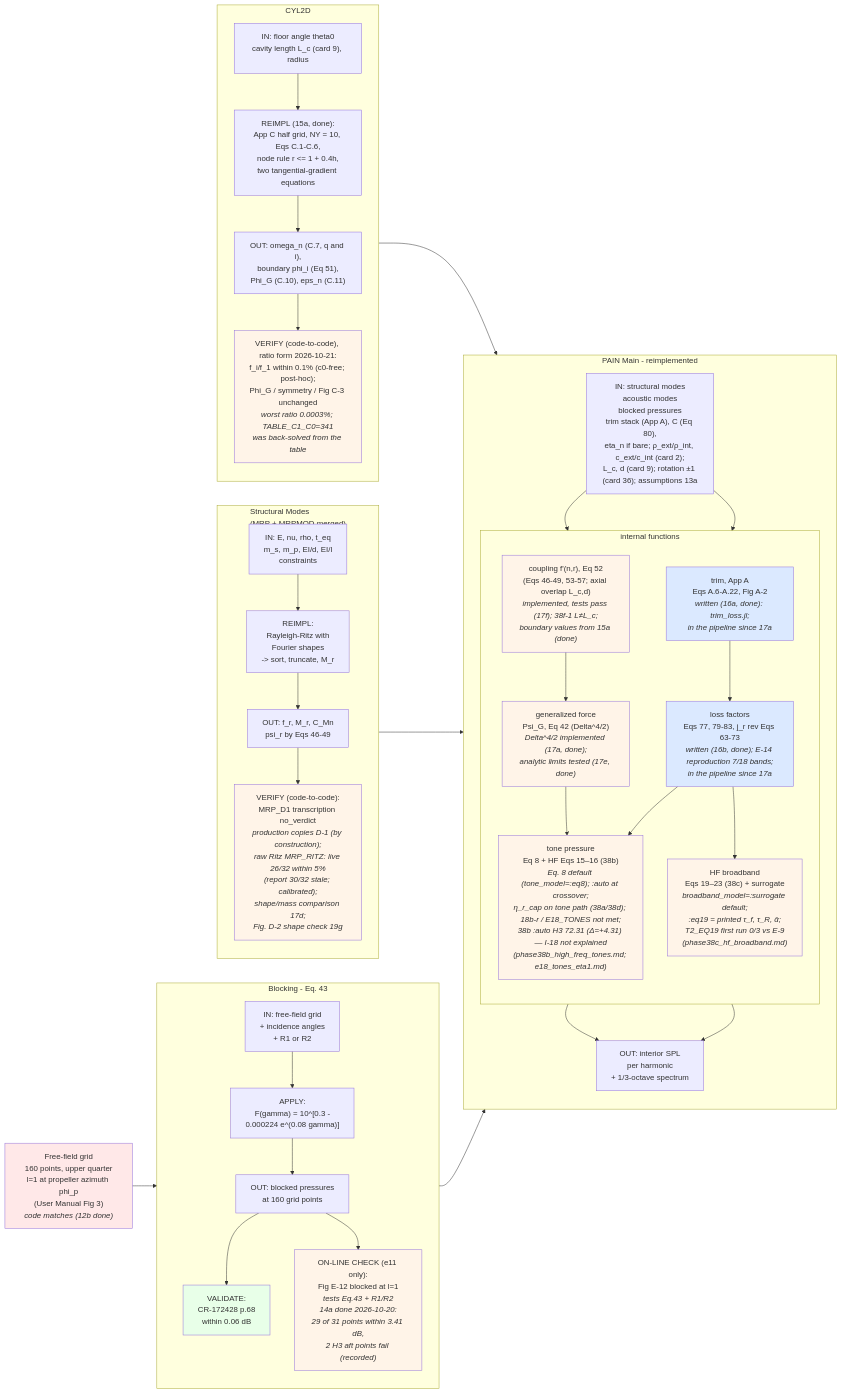
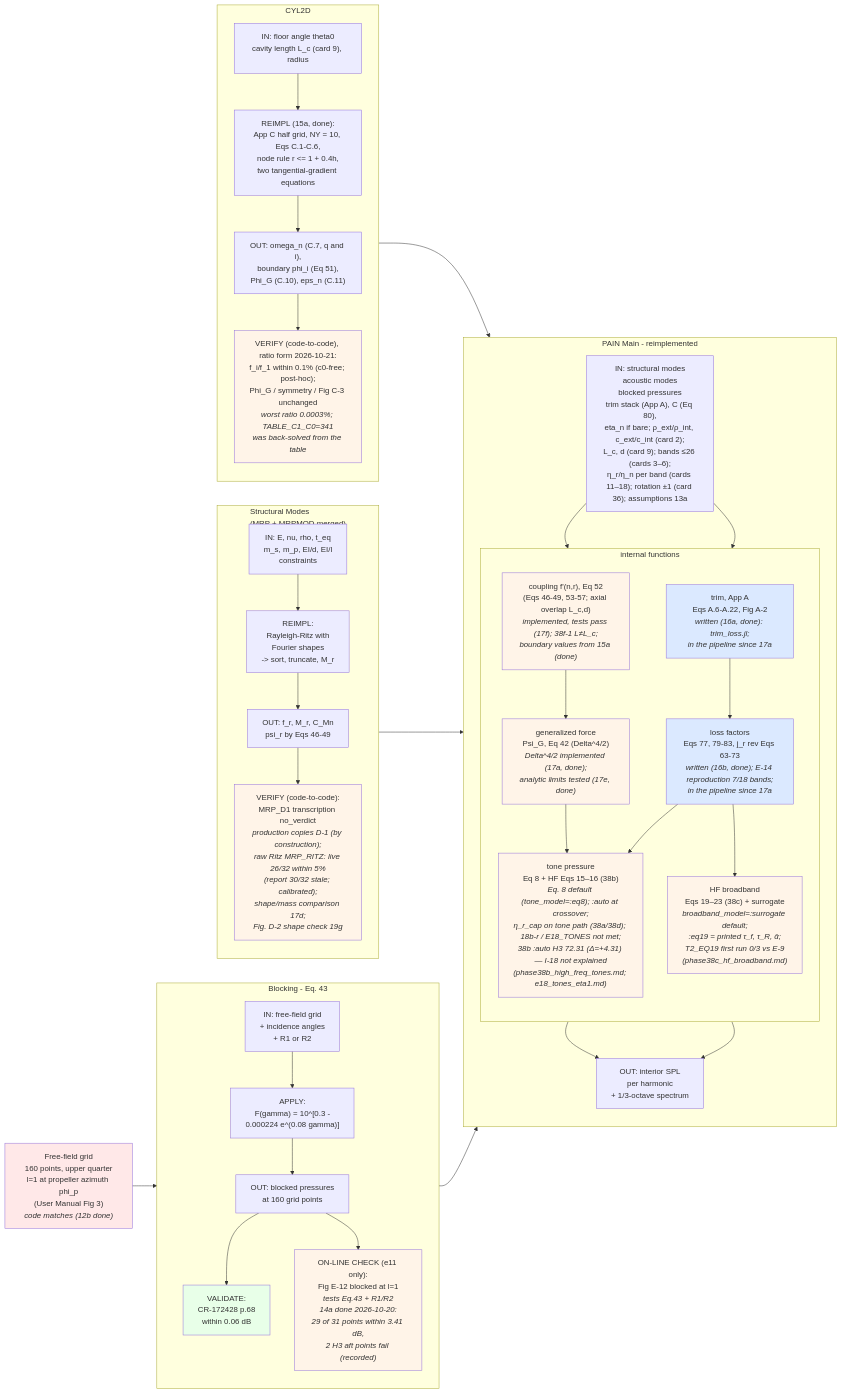
Before and after one commit to hoangf1/PAIN: the fourth of 6 diagrams in rea-work/docs/flowchart.md, drawn with Mermaid. The commit also changed 13 other files, not shown here.

Commit message:
38f-2: Manual cards 3-6 and 11-18 (user band set, per-band loss factors); 38h spec

````diff
--- a/rea-work/docs/flowchart.md
+++ b/rea-work/docs/flowchart.md
@@ -154,70 +154,70 @@
 ```mermaid
 flowchart LR
     GRID["Free-field grid<br/>160 points, upper quarter<br/>l=1 at propeller azimuth phi_p<br/>(User Manual Fig 3)<br/><i>code matches (12b done)</i>"]
 
     subgraph BLK["Blocking - Eq. 43"]
         direction TB
         B_IN["IN: free-field grid<br/>+ incidence angles<br/>+ R1 or R2"]
         B_FUNC["APPLY:<br/>F(gamma) = 10^[0.3 -<br/>0.000224 e^(0.08 gamma)]"]
         B_OUT["OUT: blocked pressures<br/>at 160 grid points"]
         B_VAL["VALIDATE:<br/>CR-172428 p.68<br/>within 0.06 dB"]
         B_VAL2["ON-LINE CHECK (e11 only):<br/>Fig E-12 blocked at l=1<br/><i>tests Eq.43 + R1/R2<br/>14a done 2026-10-20:<br/>29 of 31 points within 3.41 dB,<br/>2 H3 aft points fail (recorded)</i>"]
         B_IN --> B_FUNC --> B_OUT --> B_VAL
         B_OUT --> B_VAL2
     end
 
     subgraph MRP["Structural Modes<br/>(MRP + MRPMOD merged)"]
         direction TB
         M_IN["IN: E, nu, rho, t_eq<br/>m_s, m_p, EI/d, EI/l<br/>constraints"]
         M_FUNC["REIMPL:<br/>Rayleigh-Ritz with<br/>Fourier shapes<br/>-> sort, truncate, M_r"]
         M_OUT["OUT: f_r, M_r, C_Mn<br/>psi_r by Eqs 46-49"]
         M_VAL["VERIFY (code-to-code):<br/>MRP_D1 transcription no_verdict<br/><i>production copies D-1 (by construction);<br/>raw Ritz MRP_RITZ: live 26/32 within 5%<br/>(report 30/32 stale; calibrated);<br/>shape/mass comparison 17d;<br/>Fig. D-2 shape check 19g</i>"]
         M_IN --> M_FUNC --> M_OUT --> M_VAL
     end
 
     subgraph CYL["CYL2D"]
         direction TB
         C_IN["IN: floor angle theta0<br/>cavity length L_c (card 9), radius"]
         C_FUNC["REIMPL (15a, done):<br/>App C half grid, NY = 10, Eqs C.1-C.6,<br/>node rule r &lt;= 1 + 0.4h,<br/>two tangential-gradient equations"]
         C_OUT["OUT: omega_n (C.7, q and i),<br/>boundary phi_i (Eq 51),<br/>Phi_G (C.10), eps_n (C.11)"]
         C_VAL["VERIFY (code-to-code), ratio form 2026-10-21:<br/>f_i/f_1 within 0.1% (c0-free; post-hoc);<br/>Phi_G / symmetry / Fig C-3 unchanged<br/><i>worst ratio 0.0003%; TABLE_C1_C0=341<br/>was back-solved from the table</i>"]
         C_IN --> C_FUNC --> C_OUT --> C_VAL
     end
 
     subgraph PAIN["PAIN Main - reimplemented"]
         direction TB
-        P_IN["IN: structural modes<br/>acoustic modes<br/>blocked pressures<br/>trim stack (App A), C (Eq 80),<br/>eta_n if bare; ρ_ext/ρ_int, c_ext/c_int (card 2);<br/>L_c, d (card 9); rotation ±1 (card 36); assumptions 13a"]
+        P_IN["IN: structural modes<br/>acoustic modes<br/>blocked pressures<br/>trim stack (App A), C (Eq 80),<br/>eta_n if bare; ρ_ext/ρ_int, c_ext/c_int (card 2);<br/>L_c, d (card 9); bands ≤26 (cards 3–6);<br/>η_r/η_n per band (cards 11–18); rotation ±1 (card 36); assumptions 13a"]
         subgraph FUNC["internal functions"]
             direction TB
             F2["coupling f'(n,r), Eq 52<br/>(Eqs 46-49, 53-57; axial overlap L_c,d)<br/><i>implemented, tests pass (17f); 38f-1 L≠L_c;<br/>boundary values from 15a (done)</i>"]
             F3["generalized force<br/>Psi_G, Eq 42 (Delta^4/2)<br/><i>Delta^4/2 implemented (17a, done);<br/>analytic limits tested (17e, done)</i>"]
             F4["trim, App A<br/>Eqs A.6-A.22, Fig A-2<br/><i>written (16a, done): trim_loss.jl;<br/>in the pipeline since 17a</i>"]
             F5["loss factors<br/>Eqs 77, 79-83, j_r rev Eqs 63-73<br/><i>written (16b, done); E-14 reproduction 7/18 bands;<br/>in the pipeline since 17a</i>"]
             F6["tone pressure<br/>Eq 8 + HF Eqs 15–16 (38b)<br/><i>Eq. 8 default (tone_model=:eq8); :auto at crossover;<br/>η_r_cap on tone path (38a/38d); 18b-r / E18_TONES not met;<br/>38b :auto H3 72.31 (Δ=+4.31) — I-18 not explained<br/>(phase38b_high_freq_tones.md; e18_tones_eta1.md)</i>"]
             F7["HF broadband<br/>Eqs 19–23 (38c) + surrogate<br/><i>broadband_model=:surrogate default;<br/>:eq19 = printed τ_f, τ_R, ᾱ;<br/>T2_EQ19 first run 0/3 vs E-9<br/>(phase38c_hf_broadband.md)</i>"]
         end
         P_OUT["OUT: interior SPL<br/>per harmonic<br/>+ 1/3-octave spectrum"]
         P_IN --> F2 --> F3 --> F6
         P_IN --> F4 --> F5 --> F6
         F5 --> F7
         F6 --> P_OUT
         F7 --> P_OUT
     end
 
     GRID --> B_IN
     B_VAL --> P_IN
     C_VAL --> P_IN
     M_VAL --> P_IN
 
     style F2 fill:#fff4e8
     style F3 fill:#fff4e8
     style F4 fill:#dbe9ff
     style F5 fill:#dbe9ff
     style F6 fill:#fff4e8
     style F7 fill:#fff4e8
     style B_VAL fill:#e8ffe8
     style B_VAL2 fill:#fff4e8
     style C_VAL fill:#fff4e8
     style M_VAL fill:#fff4e8
     style GRID fill:#ffe8e8
 ```
````
